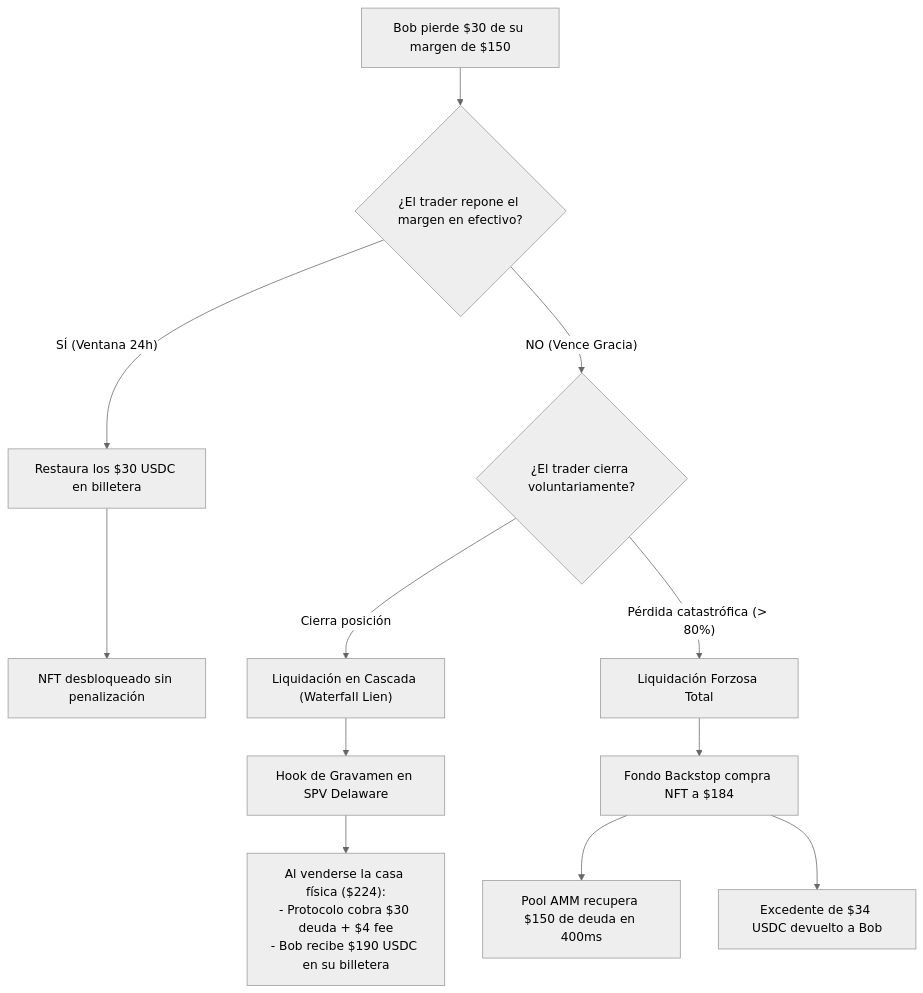
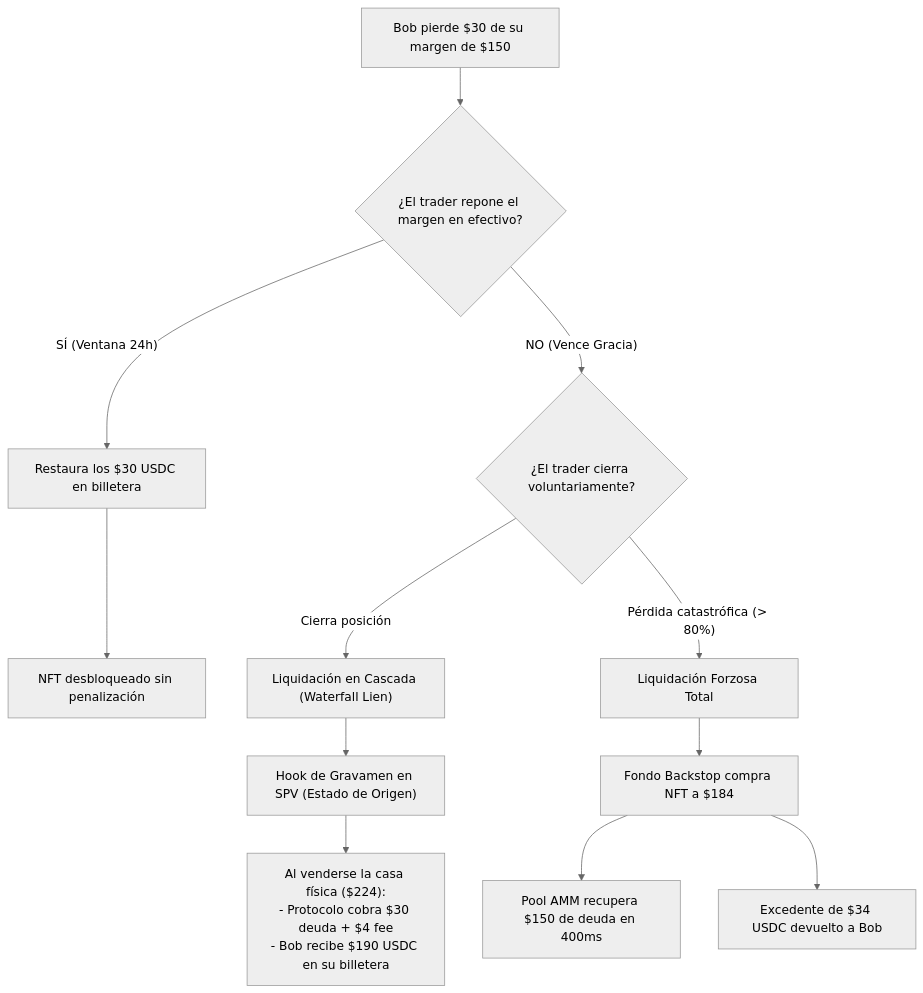
The second of 3 diagrams in BRIDS-Brain/01 Negocio/02 Producto & Ingenieria/rfcs-tecnicos/epic-015-rwa-yield-bearing-margin-collateral.md (jeisonsosablockdev/BRIDS-KNOWLEDGE-FORT), drawn with Mermaid (neutral theme) before and after one commit. The commit also changed other lines of this file and 39 other files, not shown here.

````diff
--- a/BRIDS-Brain/01 Negocio/02 Producto & Ingenieria/rfcs-tecnicos/epic-015-rwa-yield-bearing-margin-collateral.md
+++ b/BRIDS-Brain/01 Negocio/02 Producto & Ingenieria/rfcs-tecnicos/epic-015-rwa-yield-bearing-margin-collateral.md
@@ -111,18 +111,18 @@
 ```mermaid
 flowchart TD
     TradeLoss["Bob pierde $30 de su margen de $150"] --> Check{"¿El trader repone el margen en efectivo?"}
     
     Check -- "SÍ (Ventana 24h)" --> Restitution["Restaura los $30 USDC en billetera"]
     Restitution --> NFTFree["NFT desbloqueado sin penalización"]
     
     Check -- "NO (Vence Gracia)" --> Route{"¿El trader cierra voluntariamente?"}
     
     Route -- "Cierra posición" --> Waterfall["Liquidación en Cascada (Waterfall Lien)"]
-    Waterfall --> Hook["Hook de Gravamen en SPV Delaware"]
+    Waterfall --> Hook["Hook de Gravamen en SPV (Estado de Origen)"]
     Hook --> Settlement["Al venderse la casa física ($224):<br/>- Protocolo cobra $30 deuda + $4 fee<br/>- Bob recibe $190 USDC en su billetera"]
     
     Route -- "Pérdida catastrófica (> 80%)" --> ForcedConfiscation["Liquidación Forzosa Total"]
     ForcedConfiscation --> Backstop["Fondo Backstop compra NFT a $184"]
     Backstop --> PoolRefund["Pool AMM recupera $150 de deuda en 400ms"]
     Backstop --> ExcessRefund["Excedente de $34 USDC devuelto a Bob"]
 ```
````
